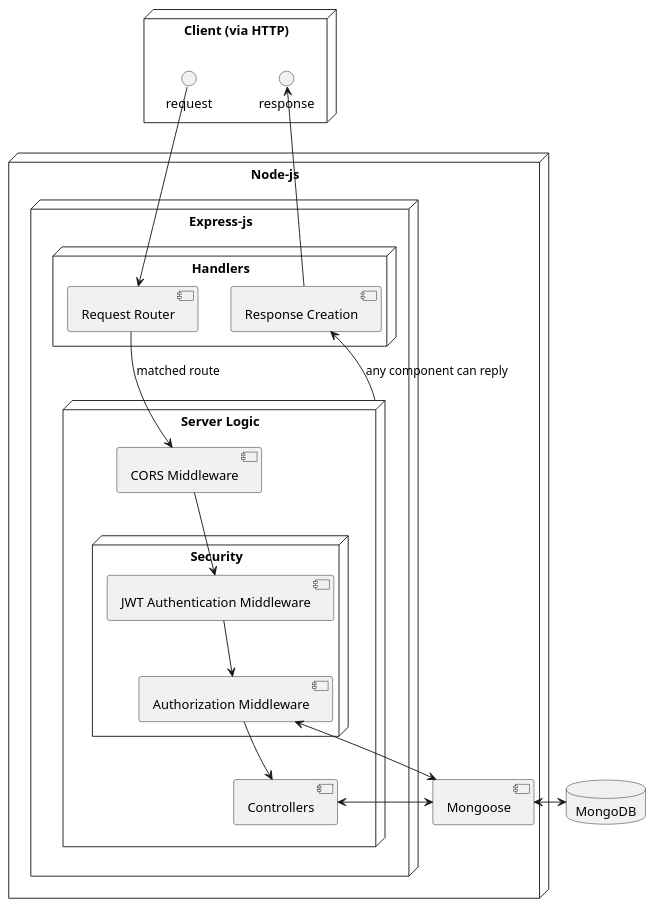
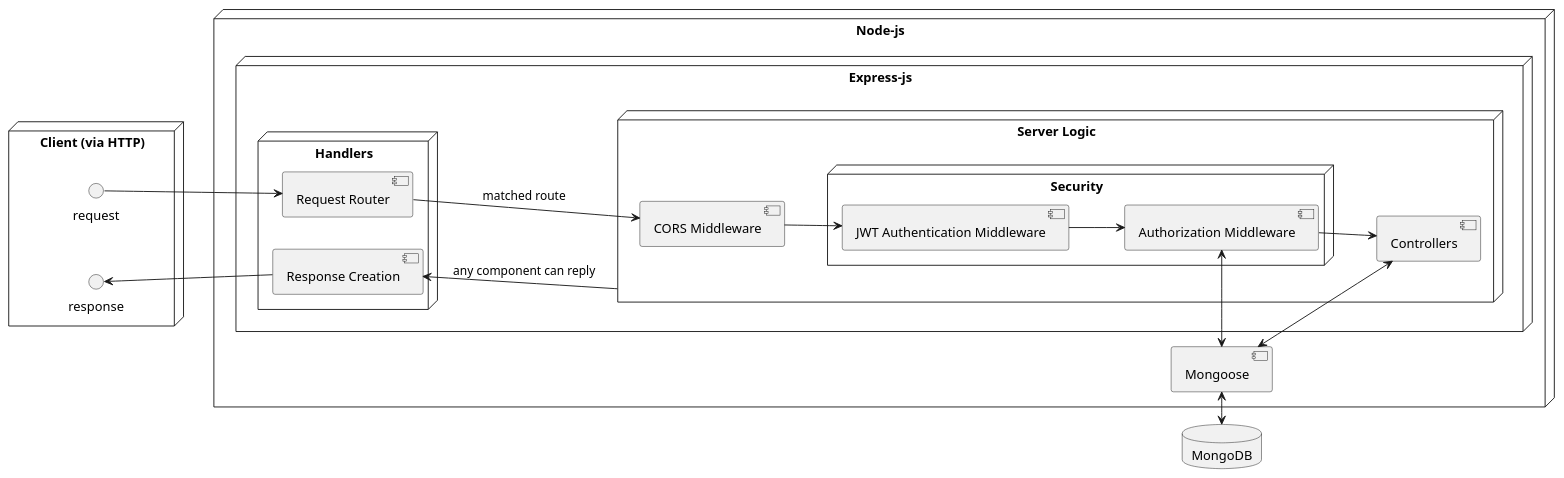
The diagram in documentation/ME(R)N Component Overview.puml (Matans844/e-commerce-backend), drawn with PlantUML before and after one commit.

Commit message:
Another option for joint activity-component diagram (not strictly UML): left to right direction.

```diff
--- a/documentation/ME(R)N Component Overview.puml
+++ b/documentation/ME(R)N Component Overview.puml
@@ -1,53 +1,54 @@
 @startuml
 'https://plantuml.com/component-diagram
+left to right direction
 
 node "Client (via HTTP)"{
     () request
     () response
 }
 
 node "Node-js" {
 
     node "Express-js" {
         node "Handlers"{
             [Request Router]
             [Response Creation]
         }
 
         node "Server Logic"{
             [CORS Middleware]
 
             node "Security"{
               [JWT Authentication Middleware]
               [Authorization Middleware]
             }
 
             [Controllers]
         }
     }
 
     [Mongoose]
 
 }
 
 
 database "MongoDB" {
 
 }
 
 request --> [Request Router]
 [Response Creation] --> response
-[Request Router] -left-> [CORS Middleware] : matched route
+[Request Router] --> [CORS Middleware] : matched route
 [Server Logic] -up-> [Response Creation] : any component can reply
 
 [CORS Middleware] --> [JWT Authentication Middleware]
 [JWT Authentication Middleware] --> [Authorization Middleware]
 [Authorization Middleware] --> [Controllers]
-[Authorization Middleware] <-right-> [Mongoose]
-[Controllers] <-right-> [Mongoose]
-[Mongoose] <-right-> [MongoDB]
+[Authorization Middleware] <-left-> [Mongoose]
+[Controllers] <-left-> [Mongoose]
+[Mongoose] <-left-> [MongoDB]
 
 
 
 
 @enduml
```
